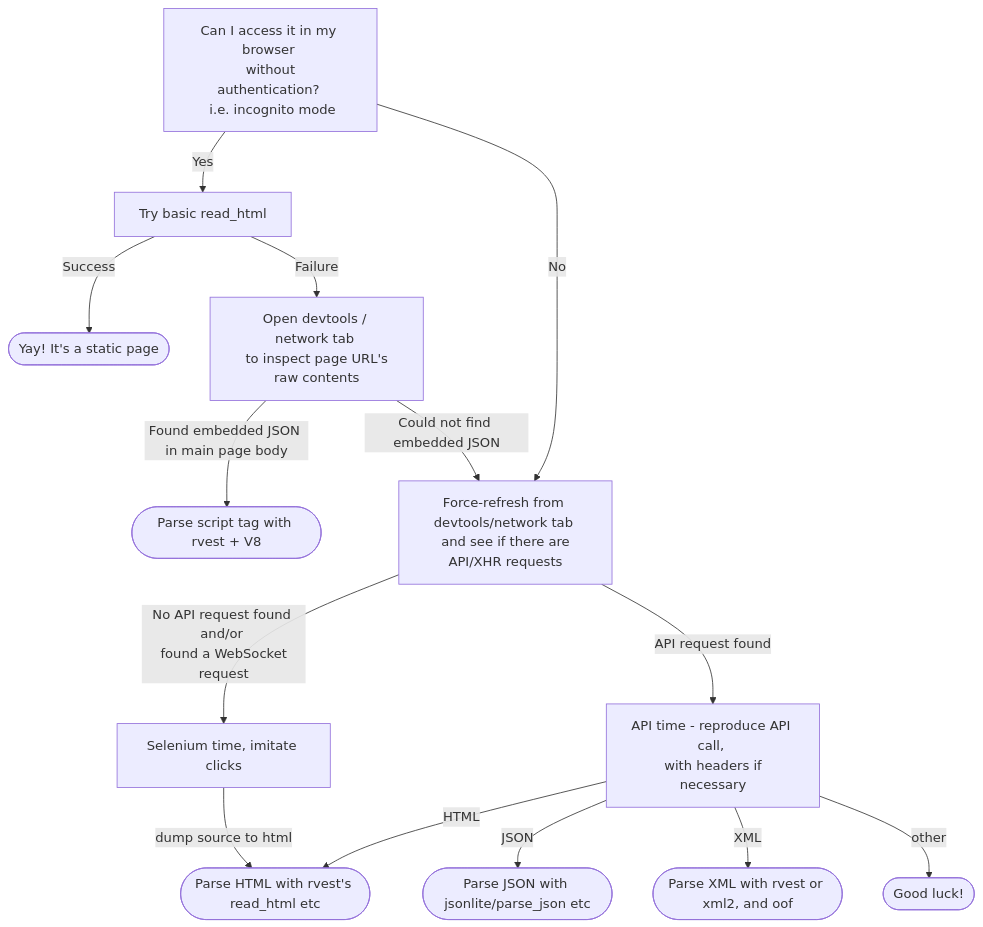
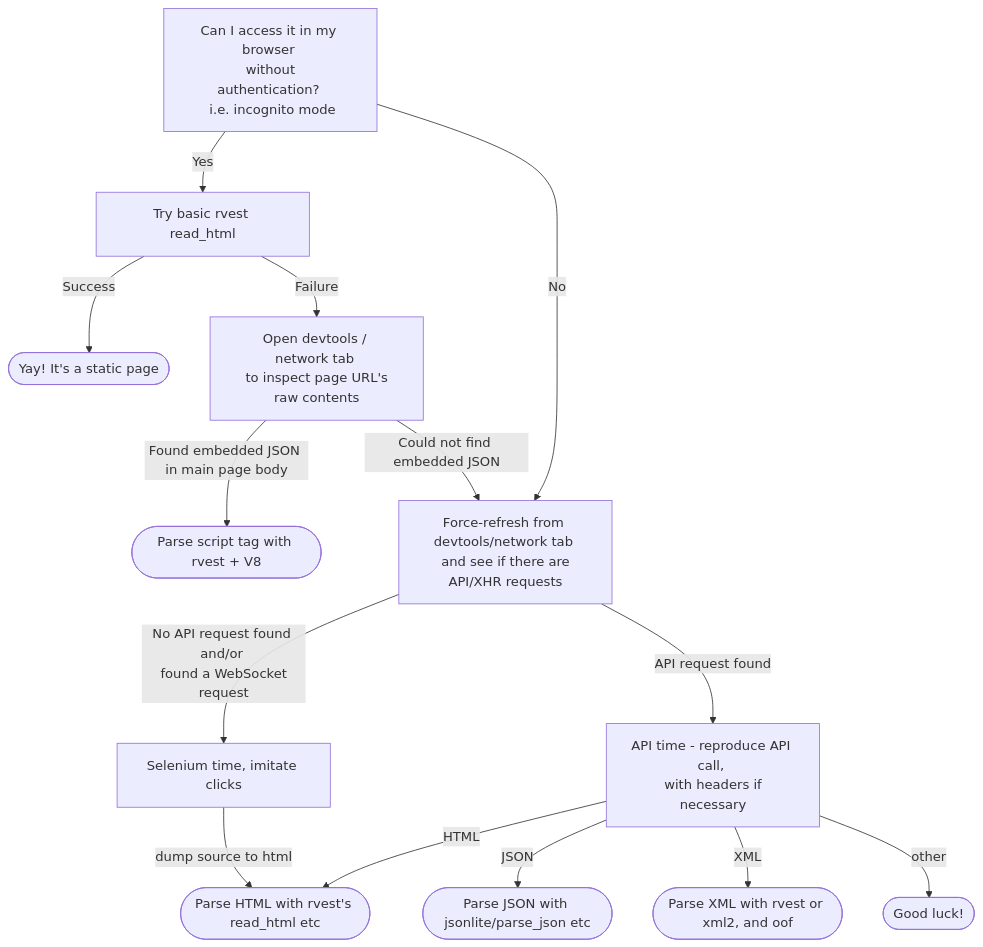
One commit to tanho63/tantorials changed the diagram in 20210719-scraping/scraping.md. Above: the diagram before and after it, drawn with Mermaid.

````diff
--- a/20210719-scraping/scraping.md
+++ b/20210719-scraping/scraping.md
@@ -5,30 +5,30 @@
 ```mermaid
 flowchart TD
 
 A[Can I access it in my browser \n without authentication? \n i.e. incognito mode]
 
-A-->|Yes| B[Try basic read_html]
+A-->|Yes| B[Try basic rvest read_html]
 
 B-->|Success| C([Yay! It's a static page])
 
 B-->|Failure| D[Open devtools / network tab \n to inspect page URL's raw contents]
 
 D-->|Found embedded JSON in main page body| E([Parse script tag with rvest + V8])
 
 D-->|Could not find embedded JSON| F[Force-refresh from devtools/network tab \n and see if there are API/XHR requests]
 
 F-->|API request found| G[API time - reproduce API call, \n with headers if necessary]
 
 F-->|No API request found and/or \n found a WebSocket request| H[Selenium time, imitate clicks]
 
 H-->|dump source to html| K
 
 G-->|HTML| K([Parse HTML with rvest's read_html etc])
 
 G-->|JSON| J([Parse JSON with jsonlite/parse_json etc])
 
 G-->|XML| L([Parse XML with rvest or xml2, and oof])
 
 G-->|other| M([Good luck!])
 A-->|No| F
 ```
````
